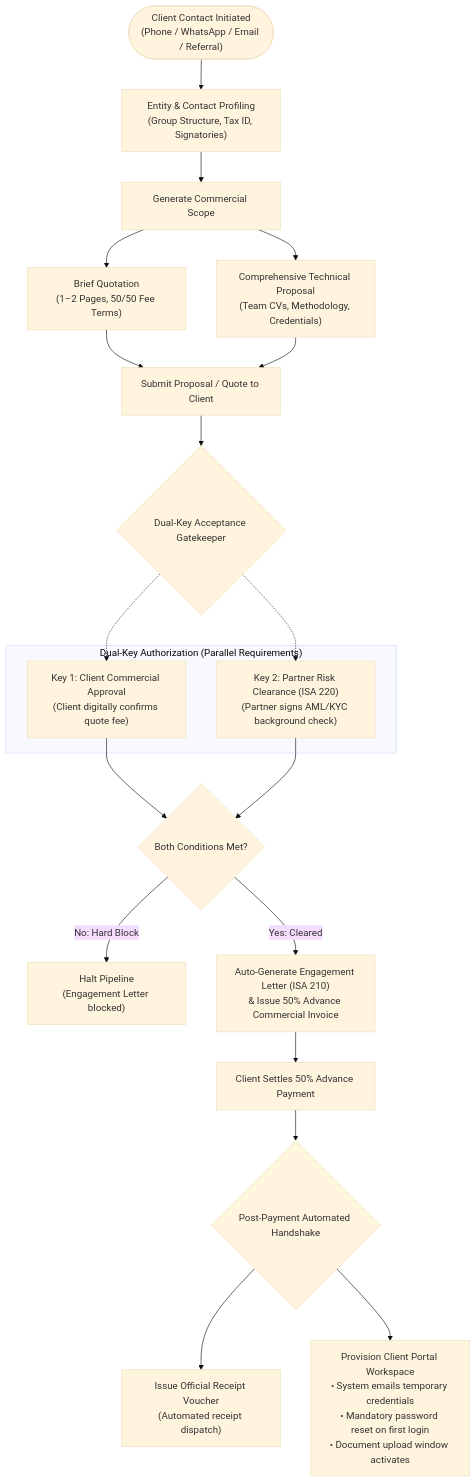
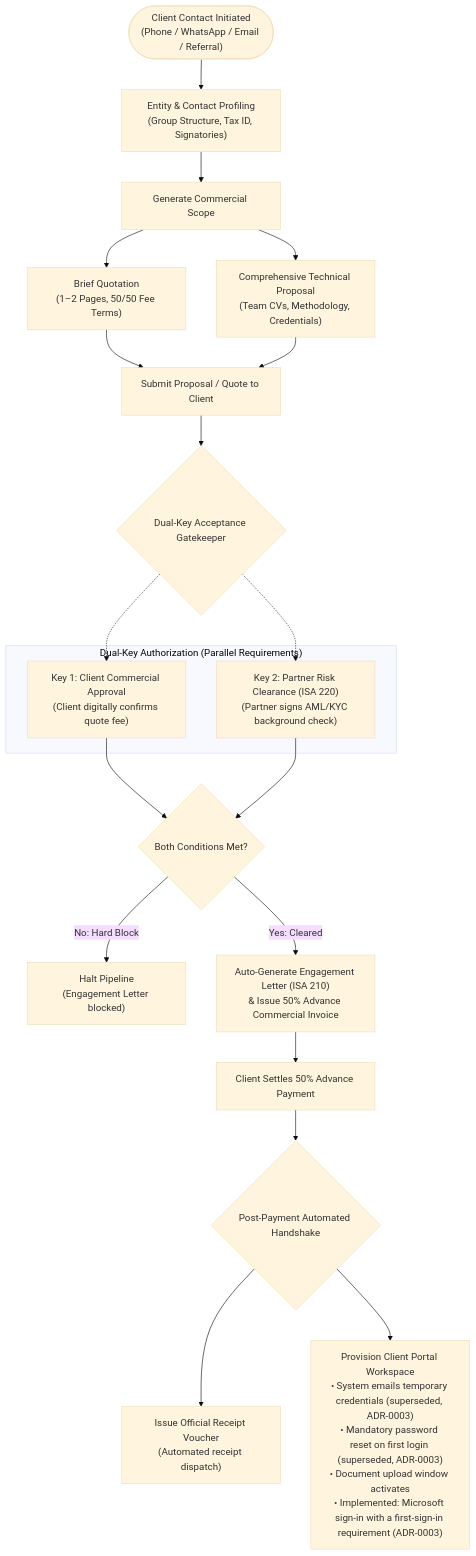
The second of 7 diagrams in docs/auditsphere-accounting-module-requirements-current.md (nirzaf/AuditSphere), drawn with Mermaid (base theme) before and after one commit. The commit also changed other lines of this file and 45 other files, not shown here.

````diff
--- a/docs/auditsphere-accounting-module-requirements-current.md
+++ b/docs/auditsphere-accounting-module-requirements-current.md
@@ -144,33 +156,33 @@
 ```mermaid
 flowchart TD
     Start(["Client Contact Initiated<br/>(Phone / WhatsApp / Email / Referral)"]) --> Profiling["Entity & Contact Profiling<br/>(Group Structure, Tax ID, Signatories)"]
     Profiling --> Scope["Generate Commercial Scope"]
     
     Scope --> Quote["Brief Quotation<br/>(1–2 Pages, 50/50 Fee Terms)"]
     Scope --> Proposal["Comprehensive Technical Proposal<br/>(Team CVs, Methodology, Credentials)"]
     
     Quote --> Submit["Submit Proposal / Quote to Client"]
     Proposal --> Submit
 
     Submit --> GateEval{"Dual-Key Acceptance Gatekeeper"}
 
     subgraph DualKey["Dual-Key Authorization (Parallel Requirements)"]
         Key1["Key 1: Client Commercial Approval<br/>(Client digitally confirms quote fee)"]
         Key2["Key 2: Partner Risk Clearance (ISA 220)<br/>(Partner signs AML/KYC background check)"]
     end
 
     GateEval -.-> Key1
     GateEval -.-> Key2
 
     Key1 --> CheckCondition{"Both Conditions Met?"}
     Key2 --> CheckCondition
 
     CheckCondition -->|"No: Hard Block"| Halt["Halt Pipeline<br/>(Engagement Letter blocked)"]
     CheckCondition -->|"Yes: Cleared"| GenEL["Auto-Generate Engagement Letter (ISA 210)<br/>& Issue 50% Advance Commercial Invoice"]
 
     GenEL --> Payment["Client Settles 50% Advance Payment"]
     Payment --> PostPayment{"Post-Payment Automated Handshake"}
 
     PostPayment --> Receipt["Issue Official Receipt Voucher<br/>(Automated receipt dispatch)"]
-    PostPayment --> Portal["Provision Client Portal Workspace<br/>• System emails temporary credentials<br/>• Mandatory password reset on first login<br/>• Document upload window activates"]
+    PostPayment --> Portal["Provision Client Portal Workspace<br/>• System emails temporary credentials (superseded, ADR-0003)<br/>• Mandatory password reset on first login (superseded, ADR-0003)<br/>• Document upload window activates<br/>• Implemented: Microsoft sign-in with a first-sign-in requirement (ADR-0003)"]
 ```
````
